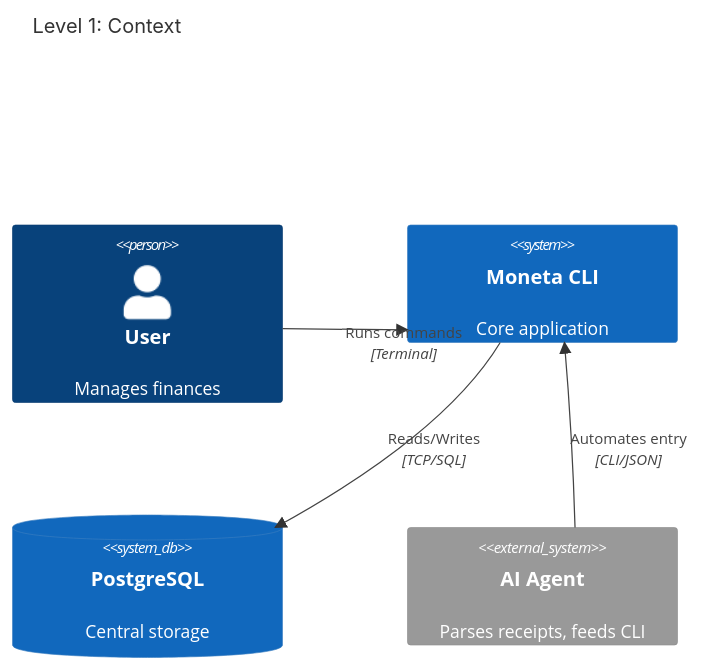
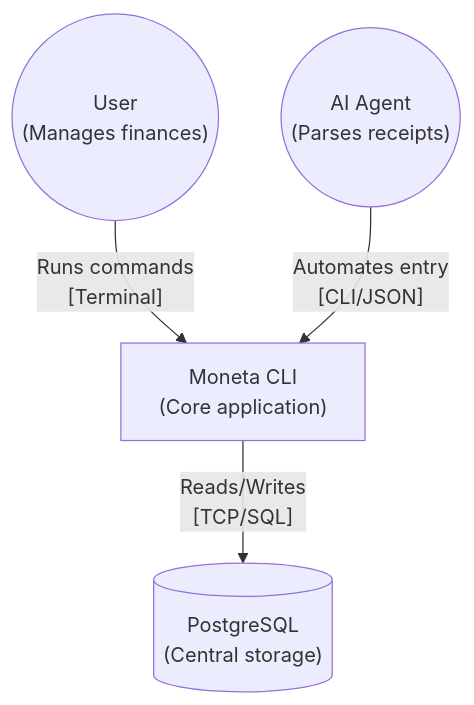
Before and after one commit to mickaelyoshua/moneta-cli: the first of 5 diagrams in architecture.md, drawn with Mermaid. The commit also changed other lines of this file, not shown here.

First line of the commit message:
docs: convert c4 models to standard mermaid flowcharts

````diff
--- a/architecture.md
+++ b/architecture.md
@@ -4,13 +5,11 @@
 ```mermaid
-C4Context
-  title Level 1: Context
+flowchart TD
+  User(("User\n(Manages finances)"))
+  AI(("AI Agent\n(Parses receipts)"))
+  Moneta["Moneta CLI\n(Core application)"]
+  DB[("PostgreSQL\n(Central storage)")]
 
-  Person(user, "User", "Manages finances")
-  System(moneta, "Moneta CLI", "Core application")
-  SystemDb(db, "PostgreSQL", "Central storage")
-  System_Ext(ai, "AI Agent", "Parses receipts, feeds CLI")
-
-  Rel(user, moneta, "Runs commands", "Terminal")
-  Rel(ai, moneta, "Automates entry", "CLI/JSON")
-  Rel(moneta, db, "Reads/Writes", "TCP/SQL")
+  User -- "Runs commands\n[Terminal]" --> Moneta
+  AI -- "Automates entry\n[CLI/JSON]" --> Moneta
+  Moneta -- "Reads/Writes\n[TCP/SQL]" --> DB
 ```
````
